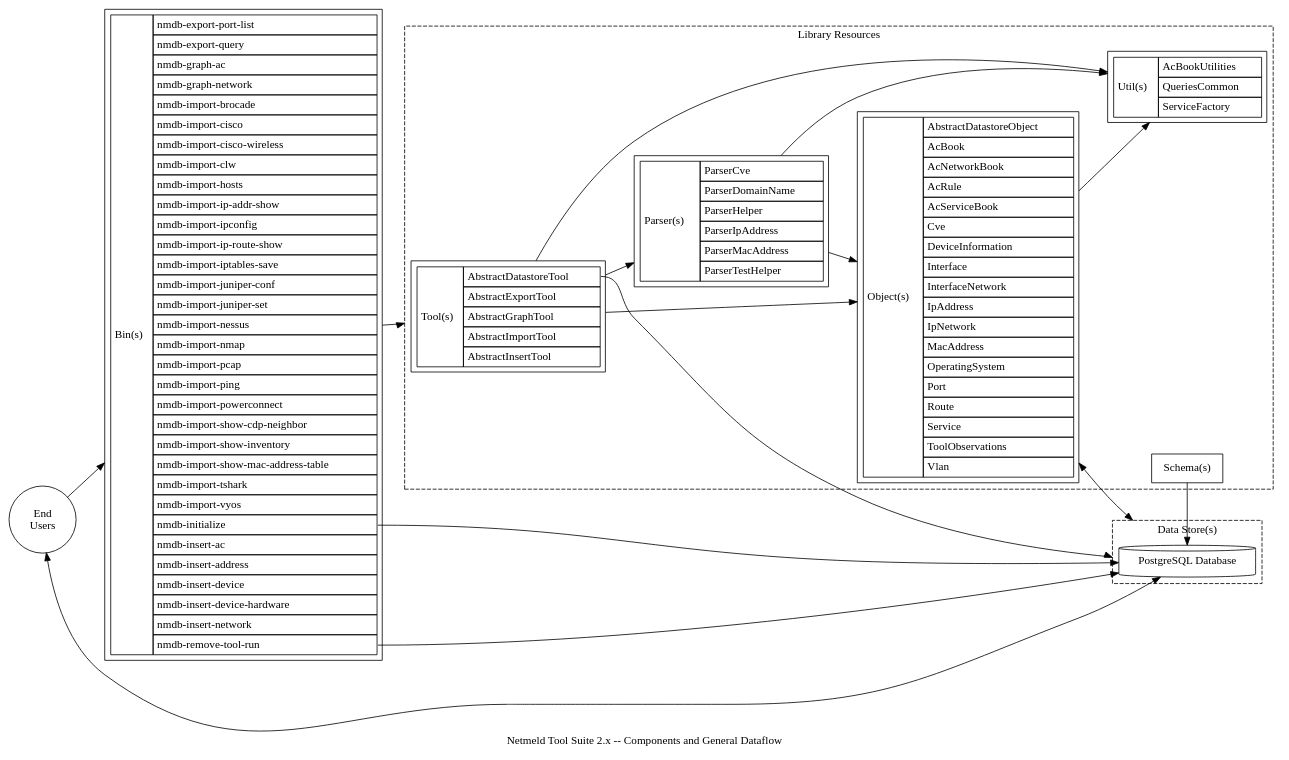
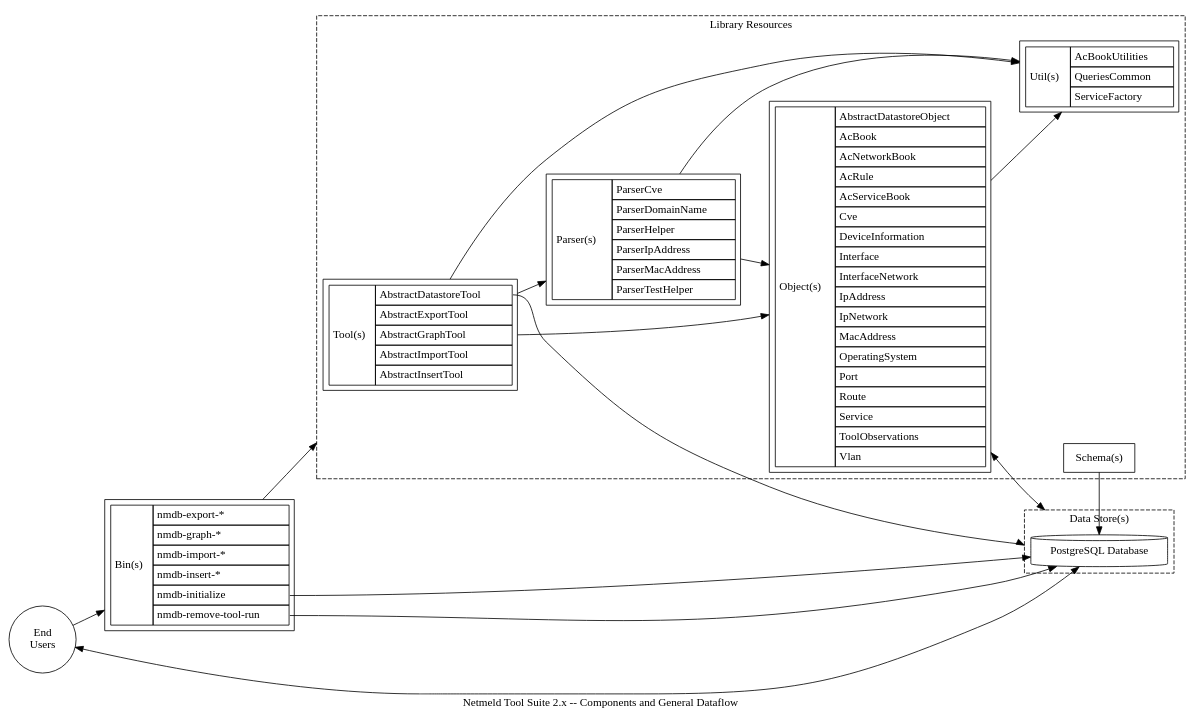
Before and after one commit to netmeld/netmeld: the diagram in datastore/docs/netmeld-datastore.dot, drawn with Graphviz. The commit also changed 4 other files, not shown here.

```diff
--- a/datastore/docs/netmeld-datastore.dot
+++ b/datastore/docs/netmeld-datastore.dot
@@ -1,137 +1,111 @@
 digraph netmeld {
   rankdir=LR;
   nodesep=0.5;
   ranksep=0.5;
   newrank=true;
   splines=spline;
   compound=true;
   //concentrate=true; // NOTE: this incorrectly "hides" some lines
 
   label="Netmeld Tool Suite 2.x -- Components and General Dataflow";
 
   node[shape="circle"];
   users [label="End\nUsers"];
 
   // find . -iname "nmdb-*" -printf '%f\n' | sed -e 's/.cpp//g' | sort -u | sed -e 's/\(.*\)/<tr><td align="left">\1<\/td><\/tr>/g'
 
   node[shape="rectangle",margin=0.1];
   bins [label=<
     <table border="0" cellborder="1" cellspacing="0" cellpadding="4">
-      <tr><td rowspan="33">Bin(s)</td></tr>
-      <tr><td align="left">nmdb-export-port-list</td></tr>
-      <tr><td align="left">nmdb-export-query</td></tr>
-      <tr><td align="left">nmdb-graph-ac</td></tr>
-      <tr><td align="left">nmdb-graph-network</td></tr>
-      <tr><td align="left">nmdb-import-brocade</td></tr>
-      <tr><td align="left">nmdb-import-cisco</td></tr>
-      <tr><td align="left">nmdb-import-cisco-wireless</td></tr>
-      <tr><td align="left">nmdb-import-clw</td></tr>
-      <tr><td align="left">nmdb-import-hosts</td></tr>
-      <tr><td align="left">nmdb-import-ip-addr-show</td></tr>
-      <tr><td align="left">nmdb-import-ipconfig</td></tr>
-      <tr><td align="left">nmdb-import-ip-route-show</td></tr>
-      <tr><td align="left">nmdb-import-iptables-save</td></tr>
-      <tr><td align="left">nmdb-import-juniper-conf</td></tr>
-      <tr><td align="left">nmdb-import-juniper-set</td></tr>
-      <tr><td align="left">nmdb-import-nessus</td></tr>
-      <tr><td align="left">nmdb-import-nmap</td></tr>
-      <tr><td align="left">nmdb-import-pcap</td></tr>
-      <tr><td align="left">nmdb-import-ping</td></tr>
-      <tr><td align="left">nmdb-import-powerconnect</td></tr>
-      <tr><td align="left">nmdb-import-show-cdp-neighbor</td></tr>
-      <tr><td align="left">nmdb-import-show-inventory</td></tr>
-      <tr><td align="left">nmdb-import-show-mac-address-table</td></tr>
-      <tr><td align="left">nmdb-import-tshark</td></tr>
-      <tr><td align="left">nmdb-import-vyos</td></tr>
+      <tr><td rowspan="7">Bin(s)</td></tr>
+      <tr><td align="left">nmdb-export-*</td></tr>
+      <tr><td align="left">nmdb-graph-*</td></tr>
+      <tr><td align="left">nmdb-import-*</td></tr>
+      <tr><td align="left">nmdb-insert-*</td></tr>
       <tr><td align="left" port="init">nmdb-initialize</td></tr>
-      <tr><td align="left">nmdb-insert-ac</td></tr>
-      <tr><td align="left">nmdb-insert-address</td></tr>
-      <tr><td align="left">nmdb-insert-device</td></tr>
-      <tr><td align="left">nmdb-insert-device-hardware</td></tr>
-      <tr><td align="left">nmdb-insert-network</td></tr>
       <tr><td align="left" port="remove">nmdb-remove-tool-run</td></tr>
     </table>>];
 
 
   // find common/schemas -iname "*.hpp" -printf '%f\n' | sed -e 's/.hpp//g' | sort -u | sed -e 's/\(.*\)/<tr><td align="left">\1<\/td><\/tr>/g'
 
   subgraph cluster_lib {
     label="Library Resources";
     style="dashed";
 
     node[shape="rectangle",margin=0.1];
     objects [label=<
       <table border="0" cellborder="1" cellspacing="0" cellpadding="4">
         <tr><td rowspan="19">Object(s)</td></tr>
         <tr><td align="left">AbstractDatastoreObject</td></tr>
         <tr><td align="left">AcBook</td></tr>
         <tr><td align="left">AcNetworkBook</td></tr>
         <tr><td align="left">AcRule</td></tr>
         <tr><td align="left">AcServiceBook</td></tr>
         <tr><td align="left">Cve</td></tr>
         <tr><td align="left">DeviceInformation</td></tr>
         <tr><td align="left">Interface</td></tr>
         <tr><td align="left">InterfaceNetwork</td></tr>
         <tr><td align="left">IpAddress</td></tr>
         <tr><td align="left">IpNetwork</td></tr>
         <tr><td align="left">MacAddress</td></tr>
         <tr><td align="left">OperatingSystem</td></tr>
         <tr><td align="left">Port</td></tr>
         <tr><td align="left">Route</td></tr>
         <tr><td align="left">Service</td></tr>
         <tr><td align="left">ToolObservations</td></tr>
         <tr><td align="left">Vlan</td></tr>
       </table>>];
     parsers [label=<
       <table border="0" cellborder="1" cellspacing="0" cellpadding="4">
         <tr><td rowspan="7">Parser(s)</td></tr>
         <tr><td align="left">ParserCve</td></tr>
         <tr><td align="left">ParserDomainName</td></tr>
         <tr><td align="left">ParserHelper</td></tr>
         <tr><td align="left">ParserIpAddress</td></tr>
         <tr><td align="left">ParserMacAddress</td></tr>
         <tr><td align="left">ParserTestHelper</td></tr>
       </table>>];
     tools [label=<
       <table border="0" cellborder="1" cellspacing="0" cellpadding="4">
         <tr><td rowspan="6">Tool(s)</td></tr>
         <tr><td align="left" port="dstool">AbstractDatastoreTool</td></tr>
         <tr><td align="left">AbstractExportTool</td></tr>
         <tr><td align="left">AbstractGraphTool</td></tr>
         <tr><td align="left">AbstractImportTool</td></tr>
         <tr><td align="left">AbstractInsertTool</td></tr>
       </table>>];
     utils [label=<
       <table border="0" cellborder="1" cellspacing="0" cellpadding="4">
         <tr><td rowspan="4">Util(s)</td></tr>
         <tr><td align="left">AcBookUtilities</td></tr>
         <tr><td align="left">QueriesCommon</td></tr>
         <tr><td align="left">ServiceFactory</td></tr>
       </table>>];
 
     schemas [label="Schema(s)"];
   }
 
   subgraph cluster_datastore {
     label="Data Store(s)";
     style="dashed";
 
     node [shape="cylinder"];
     psqldb [label="PostgreSQL Database"];
   }
 
 
   {rank=same; schemas psqldb};
 
   users->bins;
   users->psqldb [dir="both"];
   schemas->psqldb;
   objects->psqldb [dir="both", lhead="cluster_datastore"];
   bins->tools [lhead="cluster_lib"];
   bins:init->psqldb;
   bins:remove->psqldb;
   tools->{parsers objects utils};
   tools:dstool->psqldb [lhead="cluster_datastore"];
   parsers->{objects utils};
   objects->utils;
 }
```
